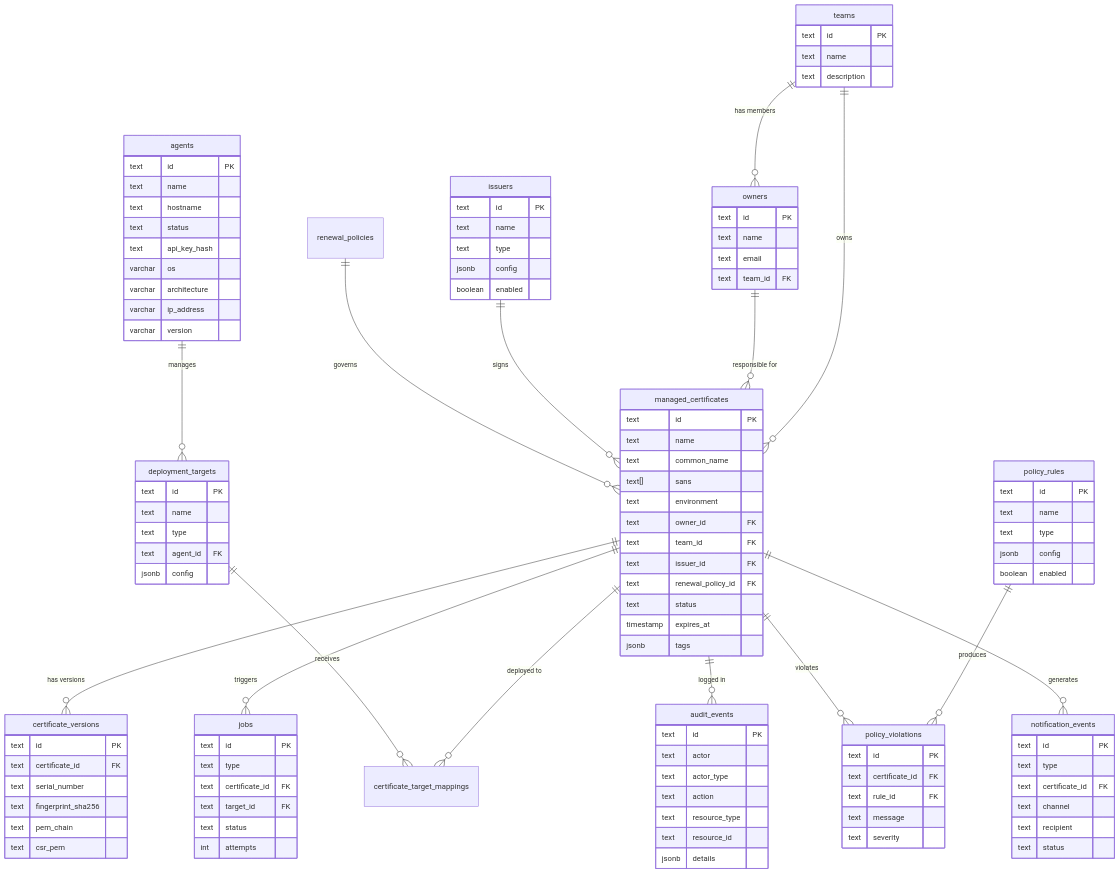
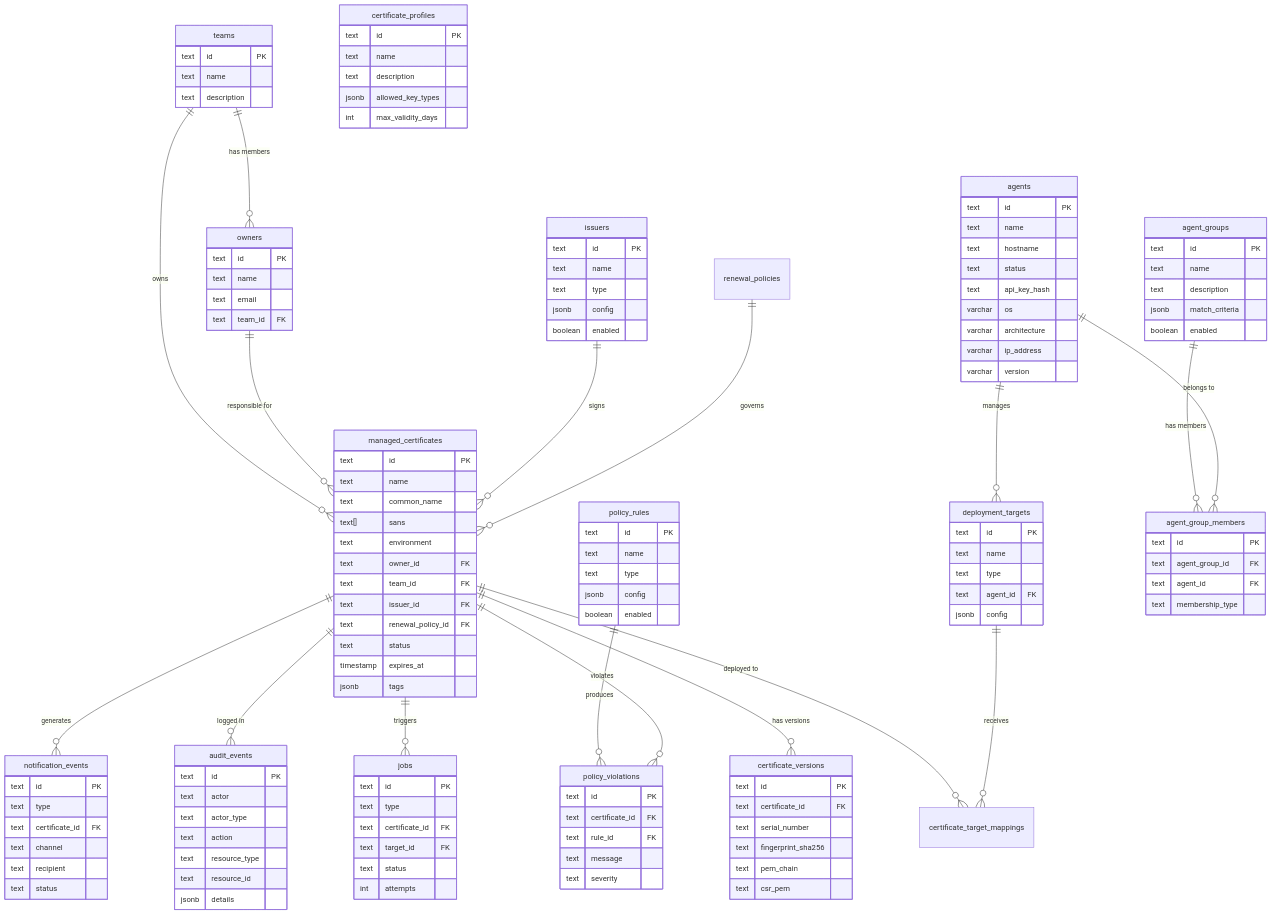
The second of 11 diagrams in docs/architecture.md (certctl-io/certctl), drawn with Mermaid before and after one commit. The commit also changed other lines of this file and 5 other files, not shown here.

````diff
--- a/docs/architecture.md
+++ b/docs/architecture.md
@@ -123,6 +122,8 @@
     managed_certificates ||--o{ policy_violations : "violates"
     managed_certificates ||--o{ audit_events : "logged in"
     managed_certificates ||--o{ notification_events : "generates"
+    agent_groups ||--o{ agent_group_members : "has members"
+    agents ||--o{ agent_group_members : "belongs to"
 
     teams {
         text id PK
@@ -221,4 +222,24 @@
         text recipient
         text status
     }
+    certificate_profiles {
+        text id PK
+        text name
+        text description
+        jsonb allowed_key_types
+        int max_validity_days
+    }
+    agent_groups {
+        text id PK
+        text name
+        text description
+        jsonb match_criteria
+        boolean enabled
+    }
+    agent_group_members {
+        text id PK
+        text agent_group_id FK
+        text agent_id FK
+        text membership_type
+    }
 ```
````
